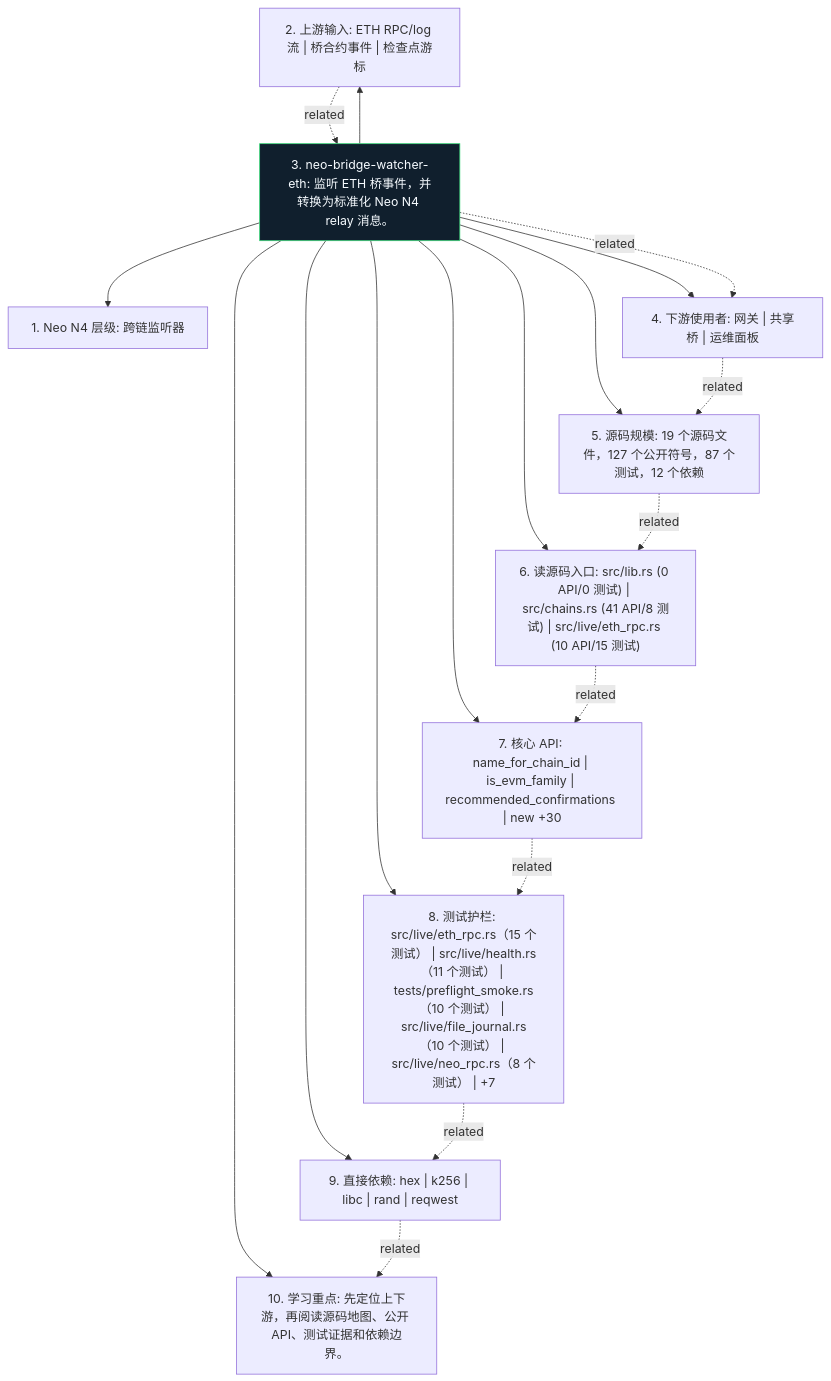
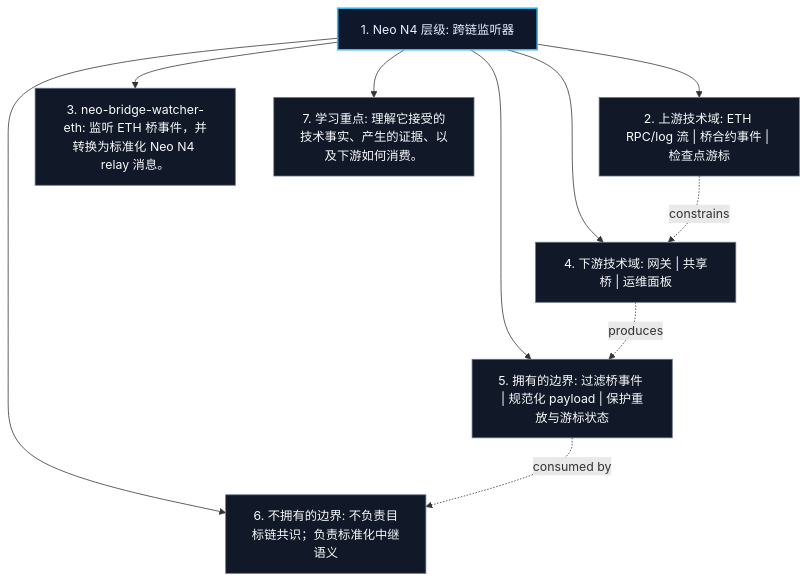
One commit to r3e-network/neo-n4 changed the diagram in watchers/neo-bridge-watcher-eth/docs/figures/position.zh.mmd. Above: the diagram before and after it, drawn with Mermaid. The commit also changed 515 other files, not shown here.

Commit message:
Replace crate diagrams with technical views

```diff
--- a/watchers/neo-bridge-watcher-eth/docs/figures/position.zh.mmd
+++ b/watchers/neo-bridge-watcher-eth/docs/figures/position.zh.mmd
@@ -1,30 +1,21 @@
 flowchart TB
     N1["1. Neo N4 层级: 跨链监听器"]
-    N2["2. 上游输入: ETH RPC/log 流 | 桥合约事件 | 检查点游标"]
+    N2["2. 上游技术域: ETH RPC/log 流 | 桥合约事件 | 检查点游标"]
     N3["3. neo-bridge-watcher-eth: 监听 ETH 桥事件，并转换为标准化 Neo N4 relay 消息。"]
-    N4["4. 下游使用者: 网关 | 共享桥 | 运维面板"]
-    N5["5. 源码规模: 19 个源码文件，127 个公开符号，87 个测试，12 个依赖"]
-    N6["6. 读源码入口: src/lib.rs (0 API/0 测试) | src/chains.rs (41 API/8 测试) | src/live/eth_rpc.rs (10 API/15 测试)"]
-    N7["7. 核心 API: name_for_chain_id | is_evm_family | recommended_confirmations | new +30"]
-    N8["8. 测试护栏: src/live/eth_rpc.rs（15 个测试） | src/live/health.rs（11 个测试） | tests/preflight_smoke.rs（10 个测试） | src/live/file_journal.rs（10 个测试） | src/live/neo_rpc.rs（8 个测试） | +7"]
-    N9["9. 直接依赖: hex | k256 | libc | rand | reqwest"]
-    N10["10. 学习重点: 先定位上下游，再阅读源码地图、公开 API、测试证据和依赖边界。"]
-    N3 --> N1
-    N3 --> N2
-    N3 --> N4
-    N3 --> N5
-    N3 --> N6
-    N3 --> N7
-    N3 --> N8
-    N3 --> N9
-    N3 --> N10
-    N2 -. related .-> N3
-    N3 -. related .-> N4
-    N4 -. related .-> N5
-    N5 -. related .-> N6
-    N6 -. related .-> N7
-    N7 -. related .-> N8
-    N8 -. related .-> N9
-    N9 -. related .-> N10
-    classDef crate fill:#101f2d,stroke:#38d978,color:#f6fbff
-    class N3 crate
+    N4["4. 下游技术域: 网关 | 共享桥 | 运维面板"]
+    N5["5. 拥有的边界: 过滤桥事件 | 规范化 payload | 保护重放与游标状态"]
+    N6["6. 不拥有的边界: 不负责目标链共识；负责标准化中继语义"]
+    N7["7. 学习重点: 理解它接受的技术事实、产生的证据、以及下游如何消费。"]
+    N1 --> N2
+    N1 --> N3
+    N1 --> N4
+    N1 --> N5
+    N1 --> N6
+    N1 --> N7
+    N2 -. constrains .-> N4
+    N4 -. produces .-> N5
+    N5 -. consumed by .-> N6
+    classDef core fill:#0f172a,stroke:#38bdf8,color:#e5f2ff,stroke-width:2px;
+    classDef support fill:#111827,stroke:#64748b,color:#f8fafc;
+    class N1 core;
+    class N2,N3,N4,N5,N6,N7 support;
```
